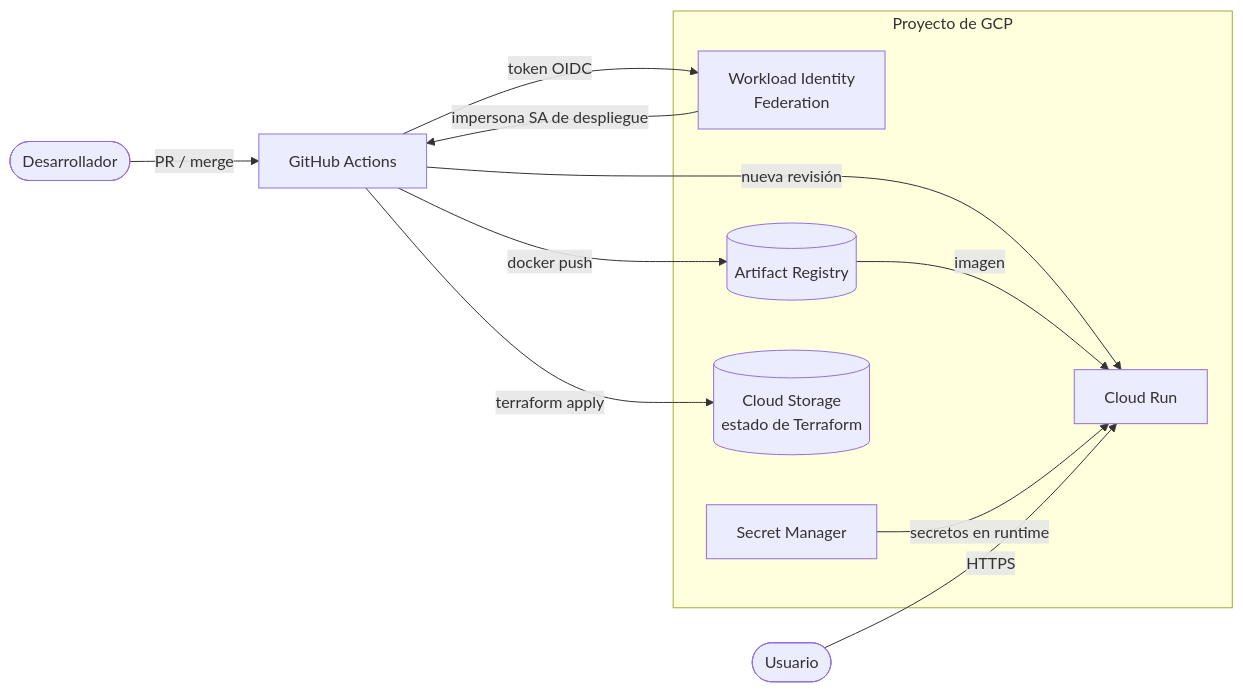
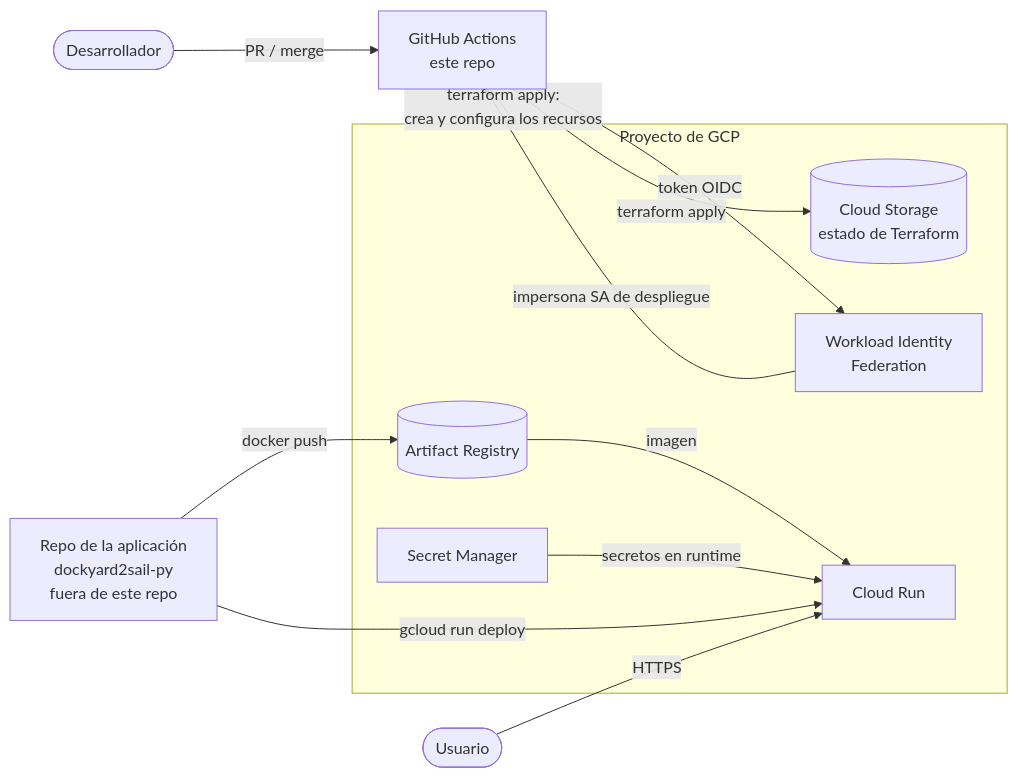
The diagram in README.md (cuauhtemocbe/dockyard2sail-gcp), drawn with Mermaid before and after one commit. The commit also changed other lines of this file and 1 other file, not shown here.

Commit message:
docs(readme): Fix architecture diagram to match what deploy.yml does
The diagram showed this repo's GitHub Actions doing `docker push` and
creating a Cloud Run revision. deploy.yml only runs `terraform apply` of
envs/dev; the image is built and pushed from dockyard2sail-py, which
deploys with `gcloud run deploy`. Add that repo to the diagram, move both
edges to it, and say so in the text below.

Refs #29, closes #40

Claude-Session: https://claude.ai/code/session_01GysWiQHEaokKbtiNSdYk9S

````diff
--- a/README.md
+++ b/README.md
@@ -38,21 +38,23 @@
 ```mermaid
 flowchart LR
-    dev([Desarrollador]) -->|PR / merge| gh[GitHub Actions]
+    dev([Desarrollador]) -->|PR / merge| gh[GitHub Actions<br/>este repo]
+    app[Repo de la aplicación<br/>dockyard2sail-py<br/>fuera de este repo]
 
     subgraph gcp["Proyecto de GCP"]
         wif[Workload Identity<br/>Federation]
         ar[(Artifact Registry)]
         run[Cloud Run]
         sm[Secret Manager]
         gcs[(Cloud Storage<br/>estado de Terraform)]
     end
 
     gh -->|token OIDC| wif
     wif -->|impersona SA de despliegue| gh
-    gh -->|docker push| ar
     gh -->|terraform apply| gcs
-    gh -->|nueva revisión| run
+    gh -->|terraform apply:<br/>crea y configura los recursos| gcp
+    app -->|docker push| ar
+    app -->|gcloud run deploy| run
     ar -->|imagen| run
     sm -->|secretos en runtime| run
     user([Usuario]) -->|HTTPS| run
 ```
````
